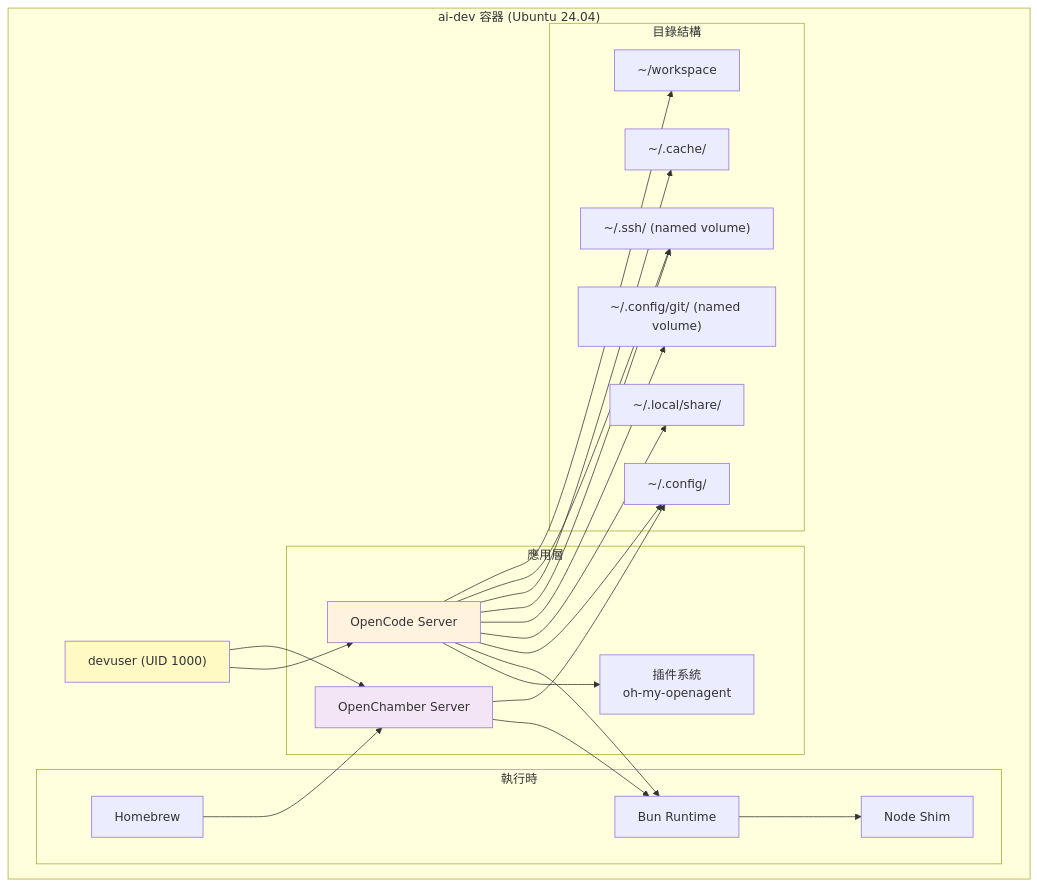
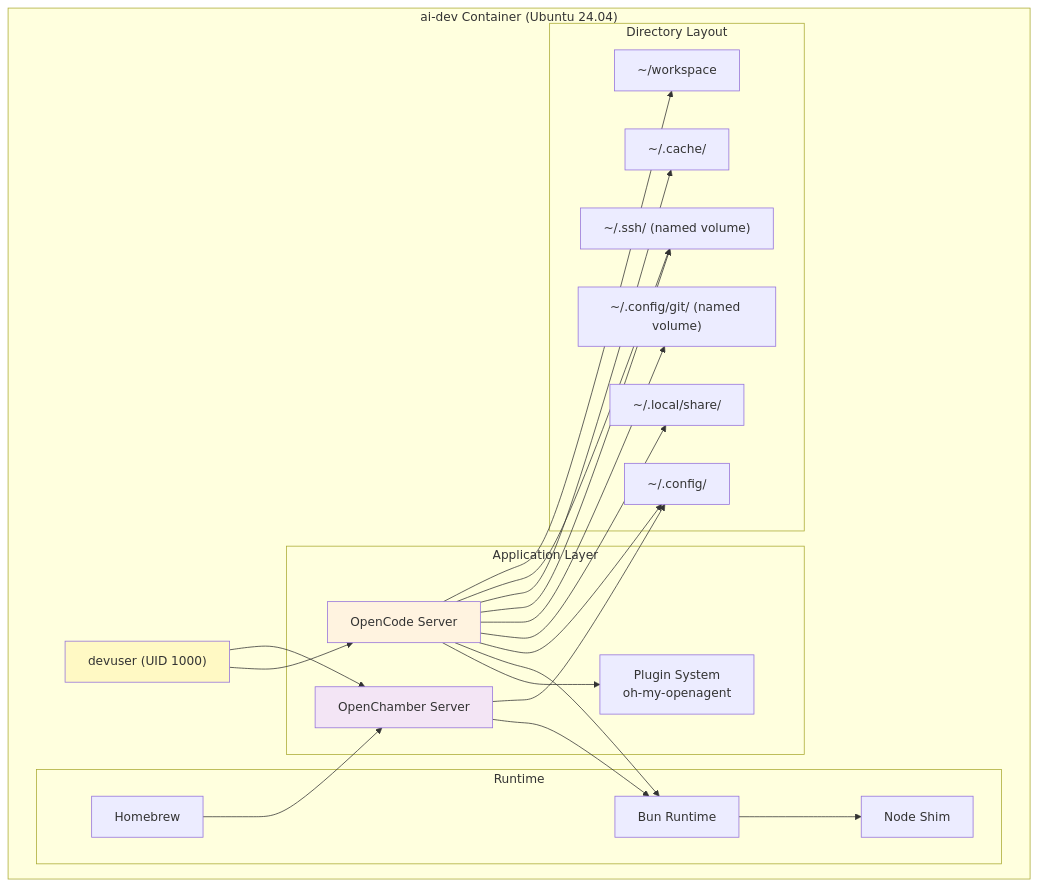
The fourth of 10 diagrams in docs/ARCHITECTURE.md (tryweb/ai-engkit), drawn with Mermaid before and after one commit. The commit also changed other lines of this file and 14 other files, not shown here.

````diff
--- a/docs/ARCHITECTURE.md
+++ b/docs/ARCHITECTURE.md
@@ -103,48 +103,48 @@
 ```mermaid
 graph TB
-    subgraph "ai-dev 容器 (Ubuntu 24.04)"
+    subgraph "ai-dev Container (Ubuntu 24.04)"
         USER["devuser (UID 1000)"]
-        
-        subgraph "應用層"
+
+        subgraph "Application Layer"
             OC_SERVER["OpenCode Server"]
-            OC_PLUGINS["插件系統<br/>oh-my-openagent"]
+            OC_PLUGINS["Plugin System<br/>oh-my-openagent"]
             CH_SERVER["OpenChamber Server"]
         end
 
-        subgraph "執行時"
+        subgraph "Runtime"
             BUN["Bun Runtime"]
             HOMEBREW["Homebrew"]
             NODE_SHIM["Node Shim"]
         end
 
-        subgraph "目錄結構"
+        subgraph "Directory Layout"
             WORKSPACE["~/workspace"]
             CONFIG["~/.config/"]
             DATA["~/.local/share/"]
             CACHE["~/.cache/"]
             SSH["~/.ssh/ (named volume)"]
             GIT["~/.config/git/ (named volume)"]
         end
     end
 
     USER --> OC_SERVER
     USER --> CH_SERVER
     OC_SERVER --> OC_PLUGINS
     OC_SERVER --> BUN
     CH_SERVER --> BUN
     BUN --> NODE_SHIM
     HOMEBREW --> CH_SERVER
 
     OC_SERVER --> CONFIG
     OC_SERVER --> DATA
     OC_SERVER --> GIT
     OC_SERVER --> SSH
     OC_SERVER --> CACHE
     CH_SERVER --> CONFIG
     OC_SERVER --> SSH
     OC_SERVER --> WORKSPACE
 
     style USER fill:#fff9c4
     style OC_SERVER fill:#fff3e0
     style CH_SERVER fill:#f3e5f5
 ```
````
